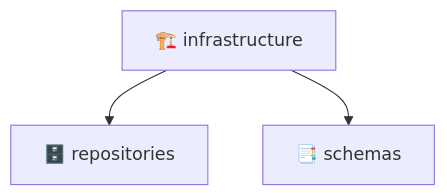
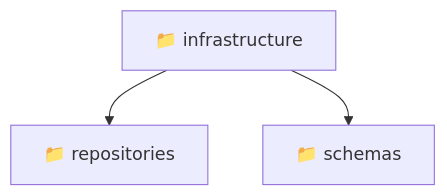
Before and after one commit to beginwebdev2002/fullstack-mavluda: the diagram in backend/src/modules/admin-settings/infrastructure/README.md, drawn with Mermaid. The commit also changed other lines of this file and 155 other files, not shown here.

````diff
--- a/backend/src/modules/admin-settings/infrastructure/README.md
+++ b/backend/src/modules/admin-settings/infrastructure/README.md
@@ -9,6 +9,6 @@
 ```mermaid
 graph TD
-  infrastructure[🏗️ infrastructure]
-  infrastructure --> repositories[🗄️ repositories]
-  infrastructure --> schemas[📑 schemas]
+  infrastructure[📁 infrastructure]
+  infrastructure --> infrastructure_repositories[📁 repositories]
+  infrastructure --> infrastructure_schemas[📁 schemas]
 ```
````
